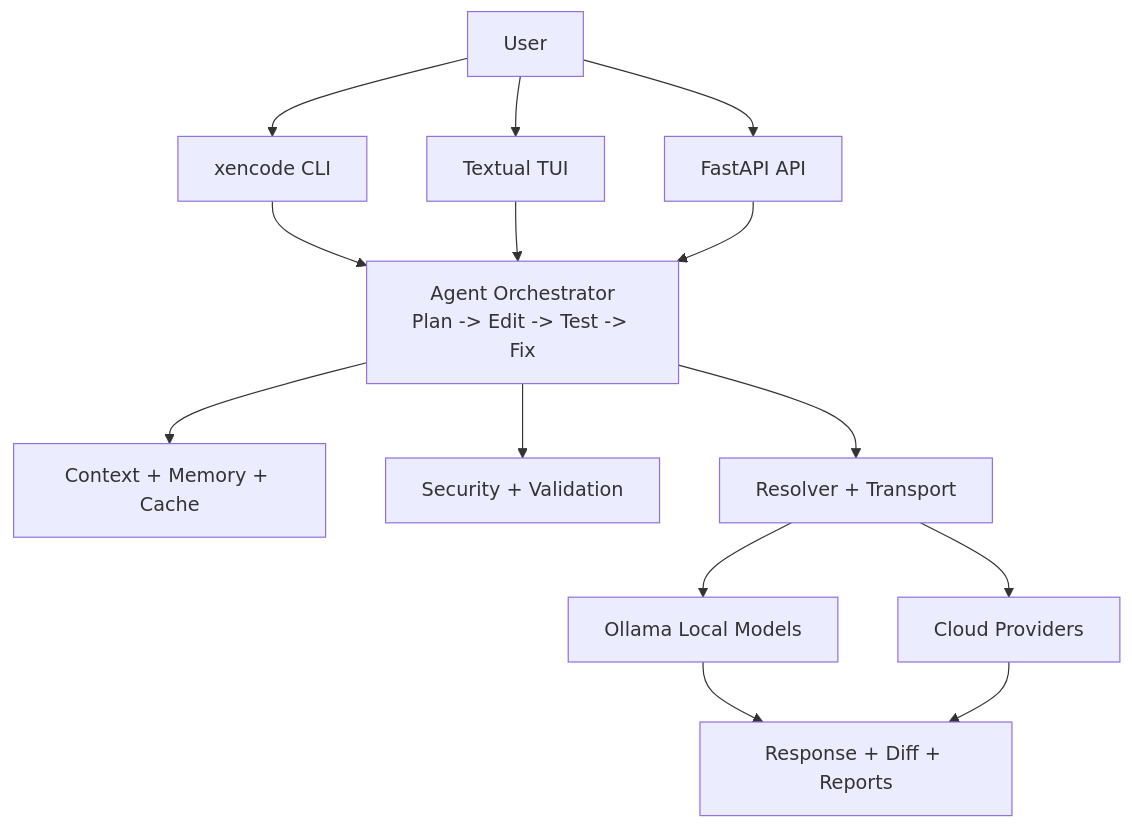
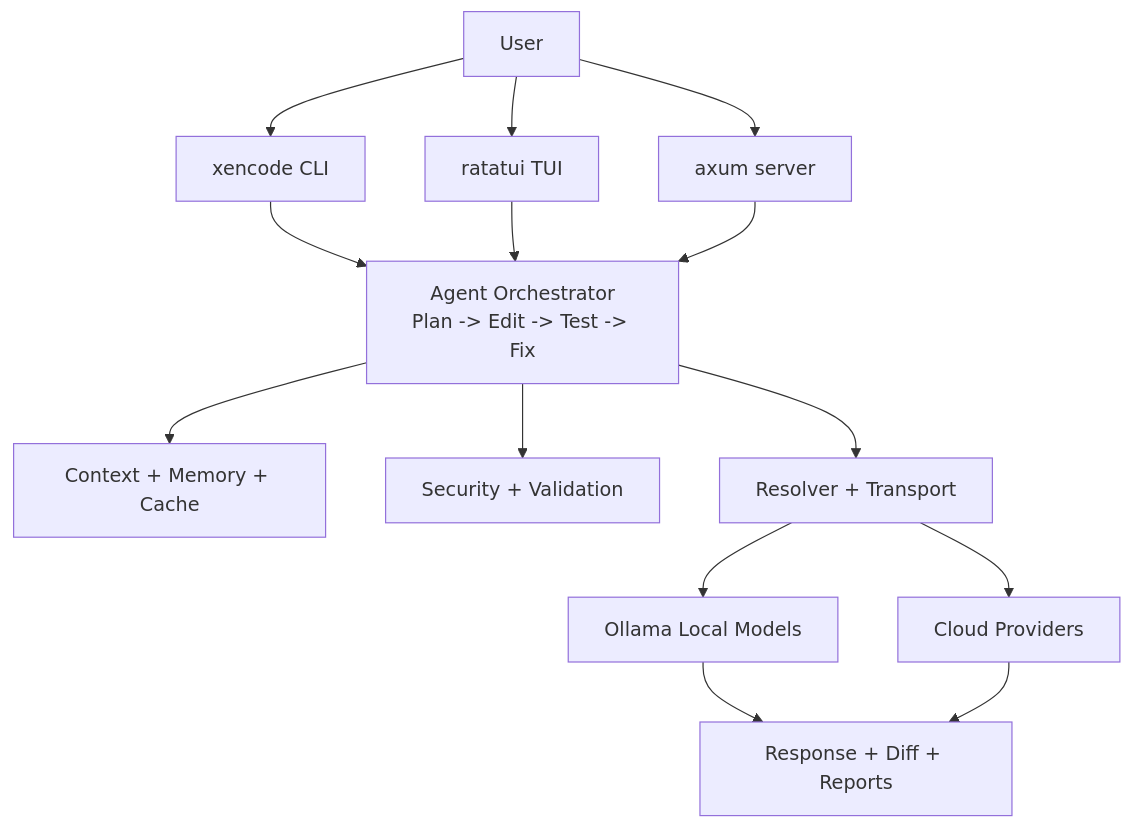
One commit to sreevarshan-xenoz/xencode changed the first of 2 diagrams in README.md. Above: the diagram before and after it, drawn with Mermaid. The commit also changed other lines of this file and 4 other files, not shown here.

````diff
--- a/README.md
+++ b/README.md
@@ -268,31 +248,31 @@
 ```mermaid
 flowchart TD
     U[User]
     CLI[xencode CLI]
-    TUI[Textual TUI]
-    API[FastAPI API]
+    TUI[ratatui TUI]
+    API[axum server]
 
     ORCH[Agent Orchestrator\nPlan -> Edit -> Test -> Fix]
     CTX[Context + Memory + Cache]
     SAFE[Security + Validation]
     RES[Resolver + Transport]
     LOCAL[Ollama Local Models]
     CLOUD[Cloud Providers]
     OUT[Response + Diff + Reports]
 
     U --> CLI
     U --> TUI
     U --> API
 
     CLI --> ORCH
     TUI --> ORCH
     API --> ORCH
 
     ORCH --> CTX
     ORCH --> SAFE
     ORCH --> RES
     RES --> LOCAL
     RES --> CLOUD
     LOCAL --> OUT
     CLOUD --> OUT
 ```
````
